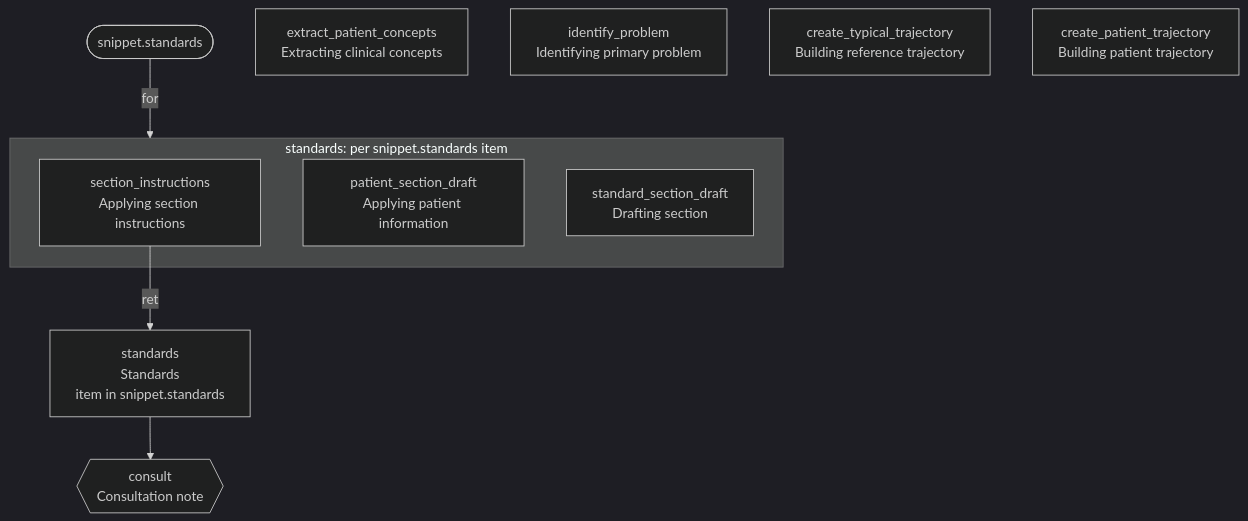
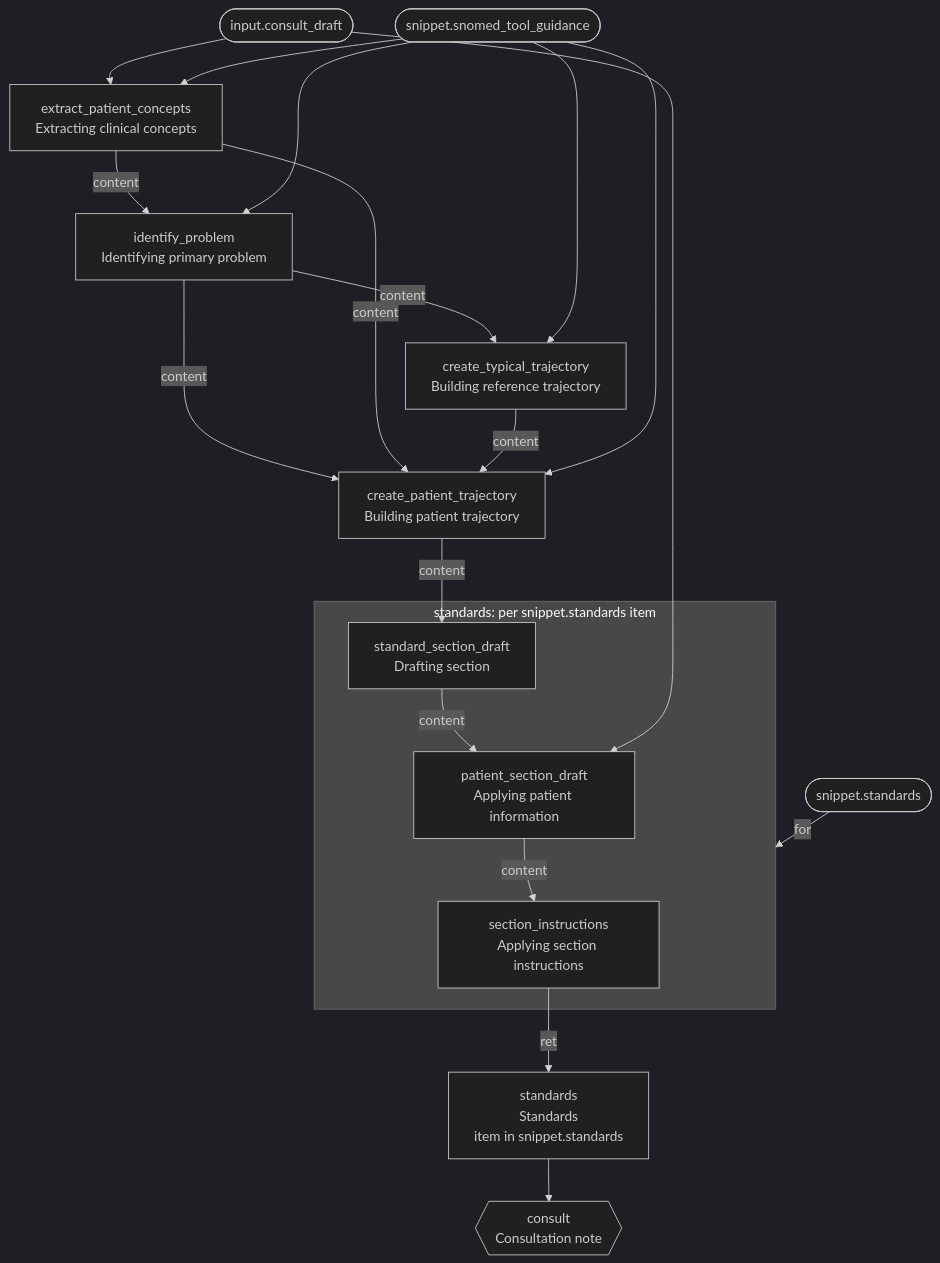
Before and after one commit to Consultologist/consultologist-workflows: the diagram in packages/general/dag.mmd, drawn with Mermaid (dark theme). The commit also changed 6 other files, not shown here.

```diff
--- a/packages/general/dag.mmd
+++ b/packages/general/dag.mmd
@@ -1,19 +1,35 @@
 flowchart TD
     snippet_standards(["snippet.standards"])
+    input_consult_draft(["input.consult_draft"])
+    snippet_snomed_tool_guidance(["snippet.snomed_tool_guidance"])
 
     extract_patient_concepts["extract_patient_concepts<br/>Extracting clinical concepts"]
+    input_consult_draft --> extract_patient_concepts
+    snippet_snomed_tool_guidance --> extract_patient_concepts
     identify_problem["identify_problem<br/>Identifying primary problem"]
+    extract_patient_concepts -->|"content"| identify_problem
+    snippet_snomed_tool_guidance --> identify_problem
     create_typical_trajectory["create_typical_trajectory<br/>Building reference trajectory"]
+    identify_problem -->|"content"| create_typical_trajectory
+    snippet_snomed_tool_guidance --> create_typical_trajectory
     create_patient_trajectory["create_patient_trajectory<br/>Building patient trajectory"]
+    identify_problem -->|"content"| create_patient_trajectory
+    extract_patient_concepts -->|"content"| create_patient_trajectory
+    create_typical_trajectory -->|"content"| create_patient_trajectory
+    snippet_snomed_tool_guidance --> create_patient_trajectory
 
     snippet_standards -->|"for"| for_standards
     subgraph for_standards["standards: per snippet.standards item"]
         section_instructions["section_instructions<br/>Applying section instructions"]
         patient_section_draft["patient_section_draft<br/>Applying patient information"]
         standard_section_draft["standard_section_draft<br/>Drafting section"]
+        patient_section_draft -->|"content"| section_instructions
+        standard_section_draft -->|"content"| patient_section_draft
     end
     standards["standards<br/>Standards<br/>item in snippet.standards"]
     section_instructions -->|"ret"| standards
+    input_consult_draft --> patient_section_draft
+    create_patient_trajectory -->|"content"| standard_section_draft
 
     result_consult{{"consult<br/>Consultation note"}}
     standards --> result_consult
```
